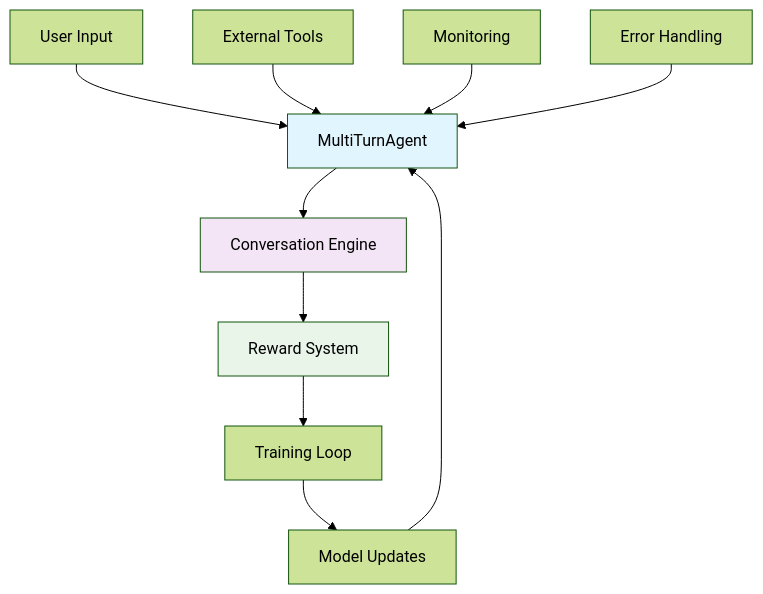
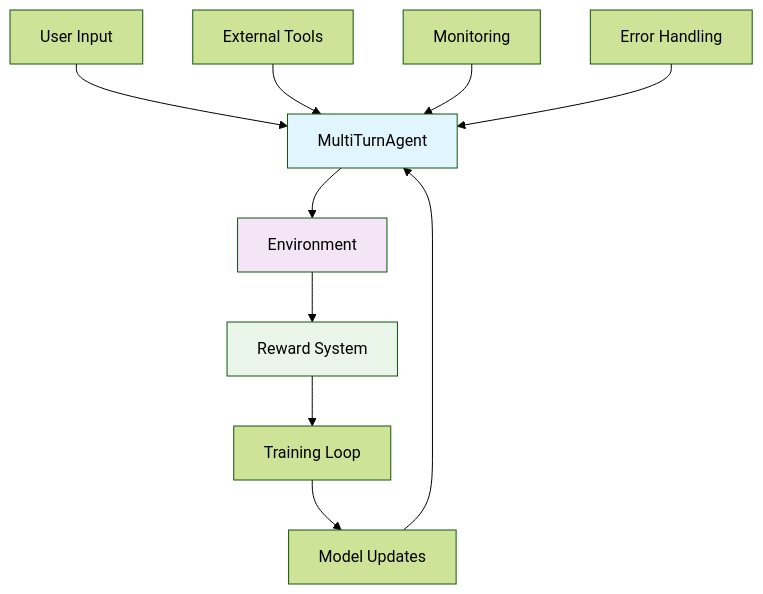
Before and after one commit to stateset/stateset-agents: the diagram in README.md, drawn with Mermaid (forest theme). The commit also changed other lines of this file, not shown here.

````diff
--- a/README.md
+++ b/README.md
@@ -54,17 +72,17 @@
 ```mermaid
 graph TB
     A[User Input] --> B[MultiTurnAgent]
-    B --> C[Conversation Engine]
+    B --> C[Environment]
     C --> D[Reward System]
     D --> E[Training Loop]
     E --> F[Model Updates]
     F --> B
 
     G[External Tools] --> B
     H[Monitoring] --> B
     I[Error Handling] --> B
 
     style B fill:#e1f5fe
     style C fill:#f3e5f5
     style D fill:#e8f5e8
 ```
````
